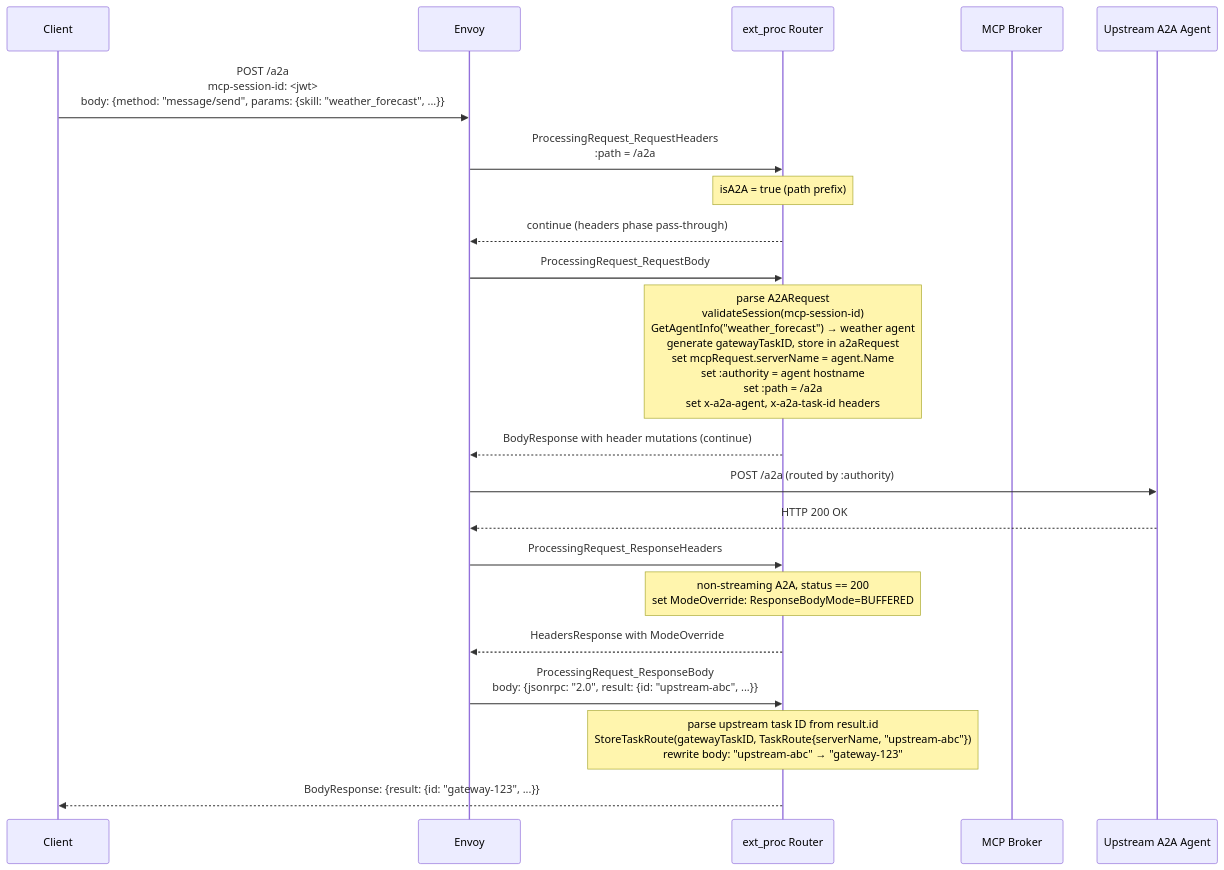
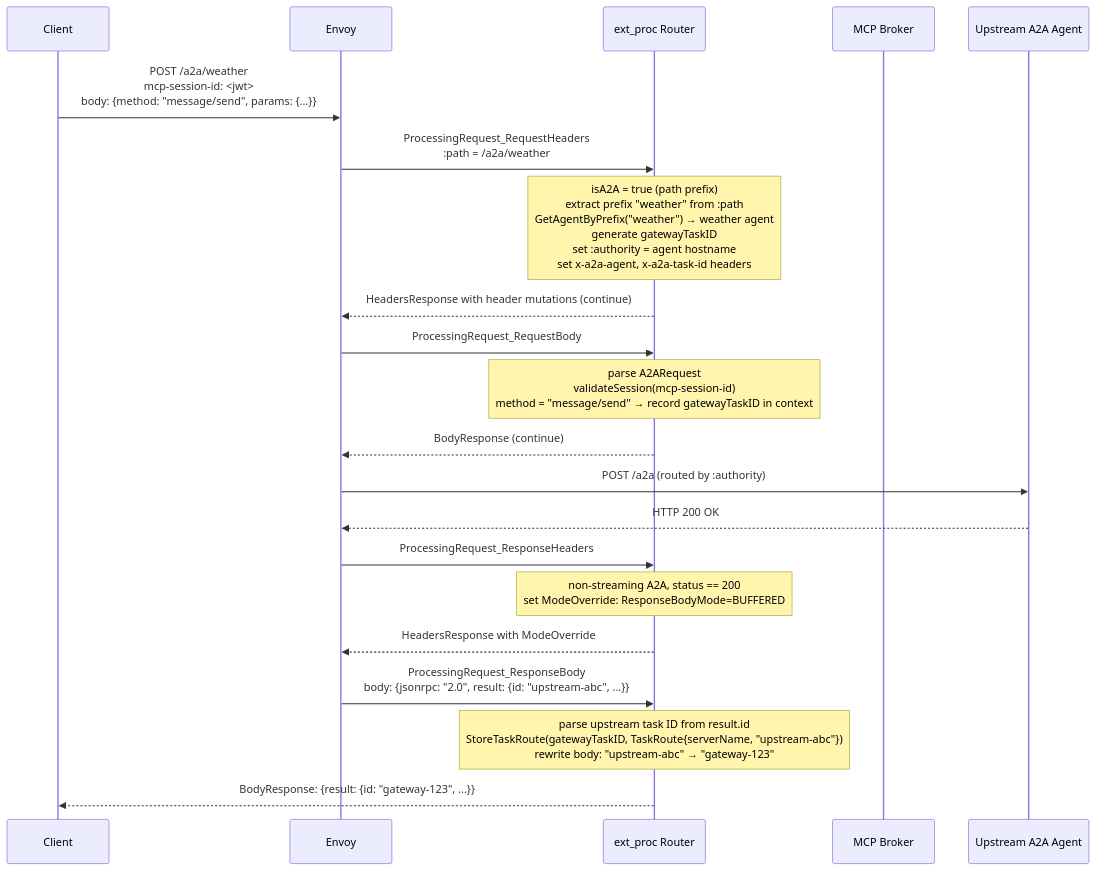
Before and after one commit to Aman-Cool/mcp-gateway: the second of 5 diagrams in docs/design/a2a/a2a-design.md, drawn with Mermaid. The commit also changed other lines of this file and 2 other files, not shown here.

First line of the commit message:
docs: revise A2A design to path-per-agent routing and RFC 9264 discovery

````diff
--- a/docs/design/a2a/a2a-design.md
+++ b/docs/design/a2a/a2a-design.md
@@ -128,24 +131,24 @@
 ```mermaid
 sequenceDiagram
     participant Client
     participant Envoy
     participant Router as ext_proc Router
     participant Broker as MCP Broker
     participant Upstream as Upstream A2A Agent
 
-    Client->>Envoy: POST /a2a<br/>mcp-session-id: <jwt><br/>body: {method: "message/send", params: {skill: "weather_forecast", ...}}
-    Envoy->>Router: ProcessingRequest_RequestHeaders<br/>:path = /a2a
-    Note over Router: isA2A = true (path prefix)
-    Router-->>Envoy: continue (headers phase pass-through)
+    Client->>Envoy: POST /a2a/weather<br/>mcp-session-id: <jwt><br/>body: {method: "message/send", params: {...}}
+    Envoy->>Router: ProcessingRequest_RequestHeaders<br/>:path = /a2a/weather
+    Note over Router: isA2A = true (path prefix)<br/>extract prefix "weather" from :path<br/>GetAgentByPrefix("weather") → weather agent<br/>generate gatewayTaskID<br/>set :authority = agent hostname<br/>set x-a2a-agent, x-a2a-task-id headers
+    Router-->>Envoy: HeadersResponse with header mutations (continue)
     Envoy->>Router: ProcessingRequest_RequestBody
-    Note over Router: parse A2ARequest<br/>validateSession(mcp-session-id)<br/>GetAgentInfo("weather_forecast") → weather agent<br/>generate gatewayTaskID, store in a2aRequest<br/>set mcpRequest.serverName = agent.Name<br/>set :authority = agent hostname<br/>set :path = /a2a<br/>set x-a2a-agent, x-a2a-task-id headers
-    Router-->>Envoy: BodyResponse with header mutations (continue)
+    Note over Router: parse A2ARequest<br/>validateSession(mcp-session-id)<br/>method = "message/send" → record gatewayTaskID in context
+    Router-->>Envoy: BodyResponse (continue)
     Envoy->>Upstream: POST /a2a (routed by :authority)
     Upstream-->>Envoy: HTTP 200 OK
     Envoy->>Router: ProcessingRequest_ResponseHeaders
     Note over Router: non-streaming A2A, status == 200<br/>set ModeOverride: ResponseBodyMode=BUFFERED
     Router-->>Envoy: HeadersResponse with ModeOverride
     Envoy->>Router: ProcessingRequest_ResponseBody<br/>body: {jsonrpc: "2.0", result: {id: "upstream-abc", ...}}
     Note over Router: parse upstream task ID from result.id<br/>StoreTaskRoute(gatewayTaskID, TaskRoute{serverName, "upstream-abc"})<br/>rewrite body: "upstream-abc" → "gateway-123"
     Router-->>Client: BodyResponse: {result: {id: "gateway-123", ...}}
 ```
````
